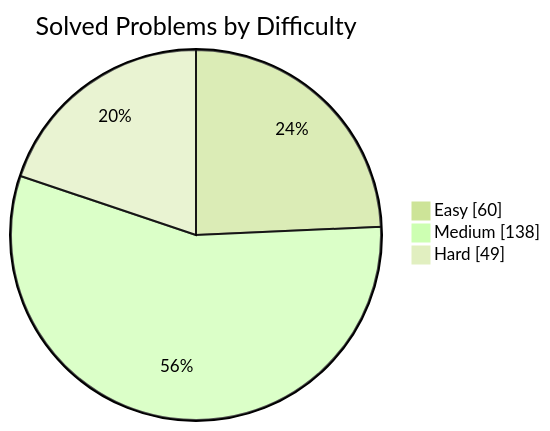
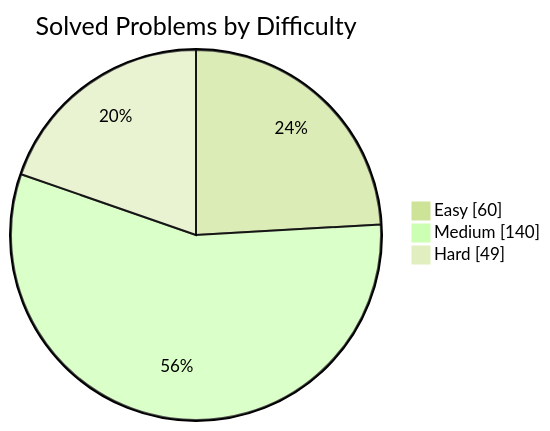
Before and after one commit to manikantbindass/DSA-Preparation-FAANG: the first of 2 diagrams in README.md, drawn with Mermaid (forest theme). The commit also changed other lines of this file and 1 other file, not shown here.

````diff
--- a/README.md
+++ b/README.md
@@ -42,7 +42,7 @@
 ```mermaid
 pie showData
     title Solved Problems by Difficulty
     "Easy" : 60
-    "Medium" : 138
+    "Medium" : 140
     "Hard" : 49
 ```
````
